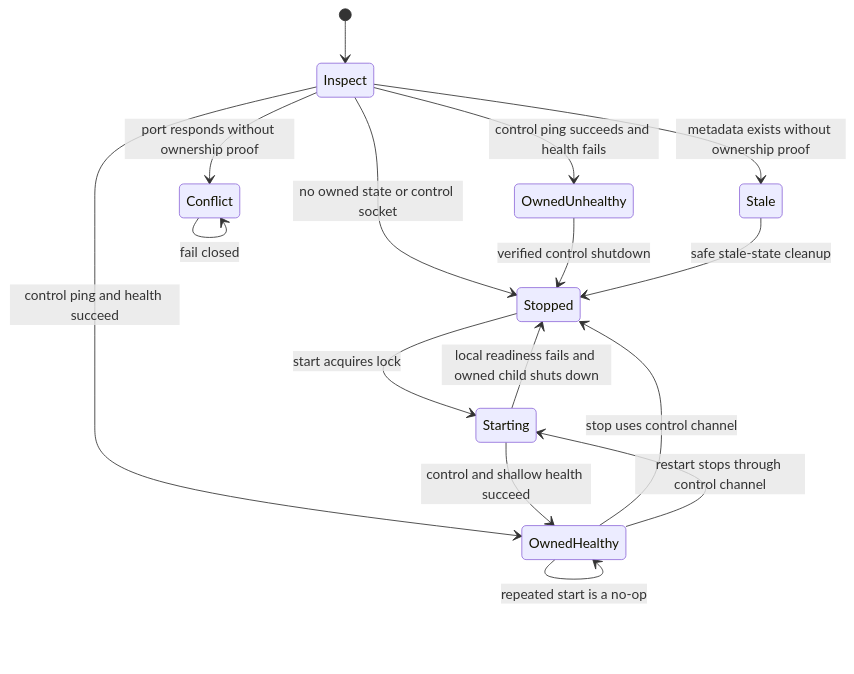
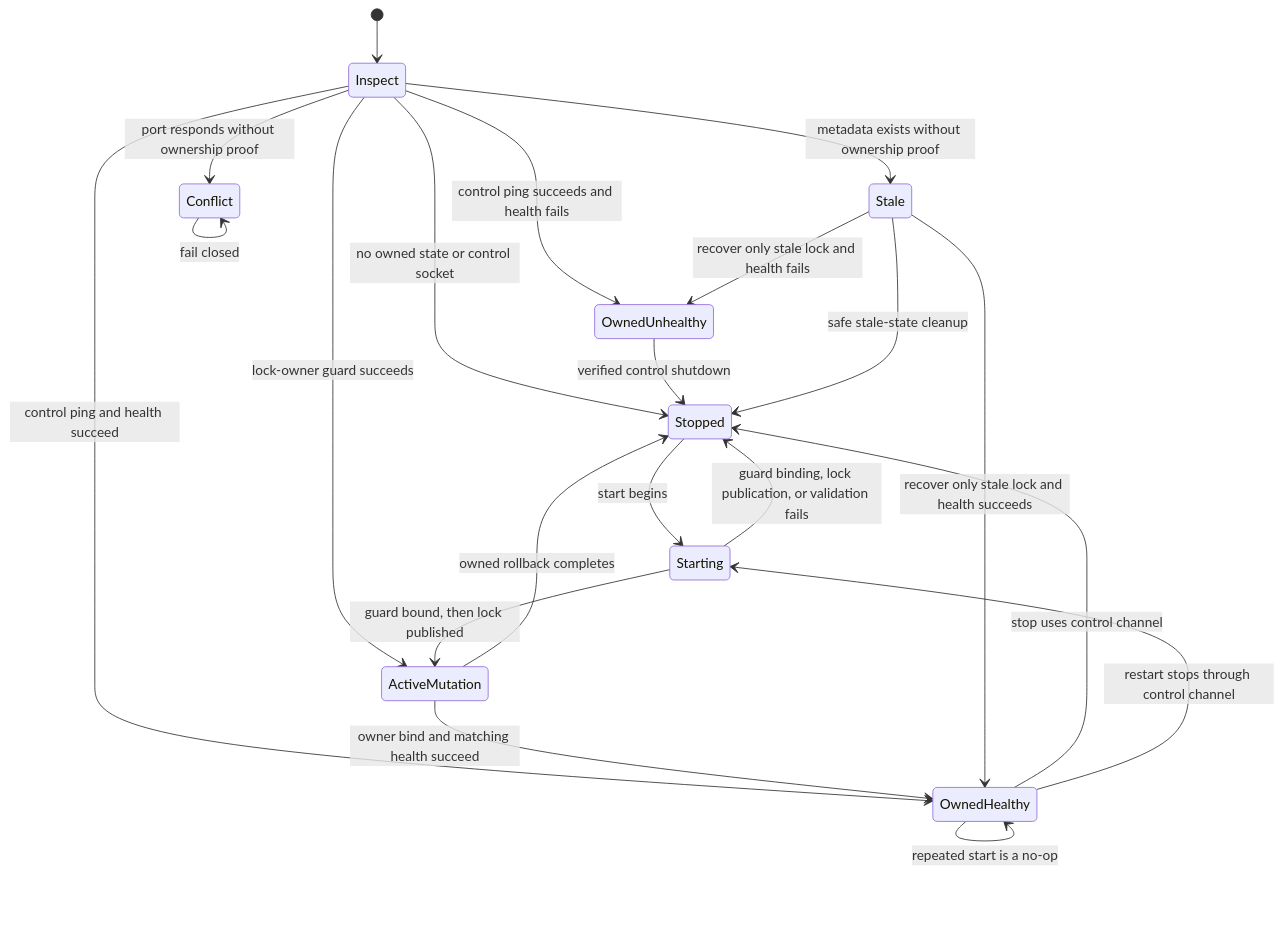
The second of 2 diagrams in docs/plans/2026-07-13-001-feat-portable-dashboard-lifecycle-plan.md (shakacode/agent-workflows), drawn with Mermaid before and after one commit. The commit also changed other lines of this file, not shown here.

````diff
--- a/docs/plans/2026-07-13-001-feat-portable-dashboard-lifecycle-plan.md
+++ b/docs/plans/2026-07-13-001-feat-portable-dashboard-lifecycle-plan.md
@@ -250,19 +262,24 @@
 ```mermaid
 stateDiagram-v2
   [*] --> Inspect
   Inspect --> Stopped: no owned state or control socket
+  Inspect --> ActiveMutation: lock-owner guard succeeds
   Inspect --> OwnedHealthy: control ping and health succeed
   Inspect --> OwnedUnhealthy: control ping succeeds and health fails
   Inspect --> Stale: metadata exists without ownership proof
   Inspect --> Conflict: port responds without ownership proof
-  Stopped --> Starting: start acquires lock
-  Starting --> OwnedHealthy: control and shallow health succeed
-  Starting --> Stopped: local readiness fails and owned child shuts down
+  Stopped --> Starting: start begins
+  Starting --> ActiveMutation: guard bound, then lock published
+  Starting --> Stopped: guard binding, lock publication, or validation fails
+  ActiveMutation --> OwnedHealthy: owner bind and matching health succeed
+  ActiveMutation --> Stopped: owned rollback completes
   OwnedHealthy --> OwnedHealthy: deep backend diagnosis reports degraded/nonzero
   OwnedHealthy --> OwnedHealthy: repeated start is a no-op
   OwnedHealthy --> Stopped: stop uses control channel
   OwnedHealthy --> Starting: restart stops through control channel
   OwnedUnhealthy --> Stopped: verified control shutdown
+  Stale --> OwnedHealthy: recover only stale lock and health succeeds
+  Stale --> OwnedUnhealthy: recover only stale lock and health fails
   Stale --> Stopped: safe stale-state cleanup
   Conflict --> Conflict: fail closed
 ```
````
